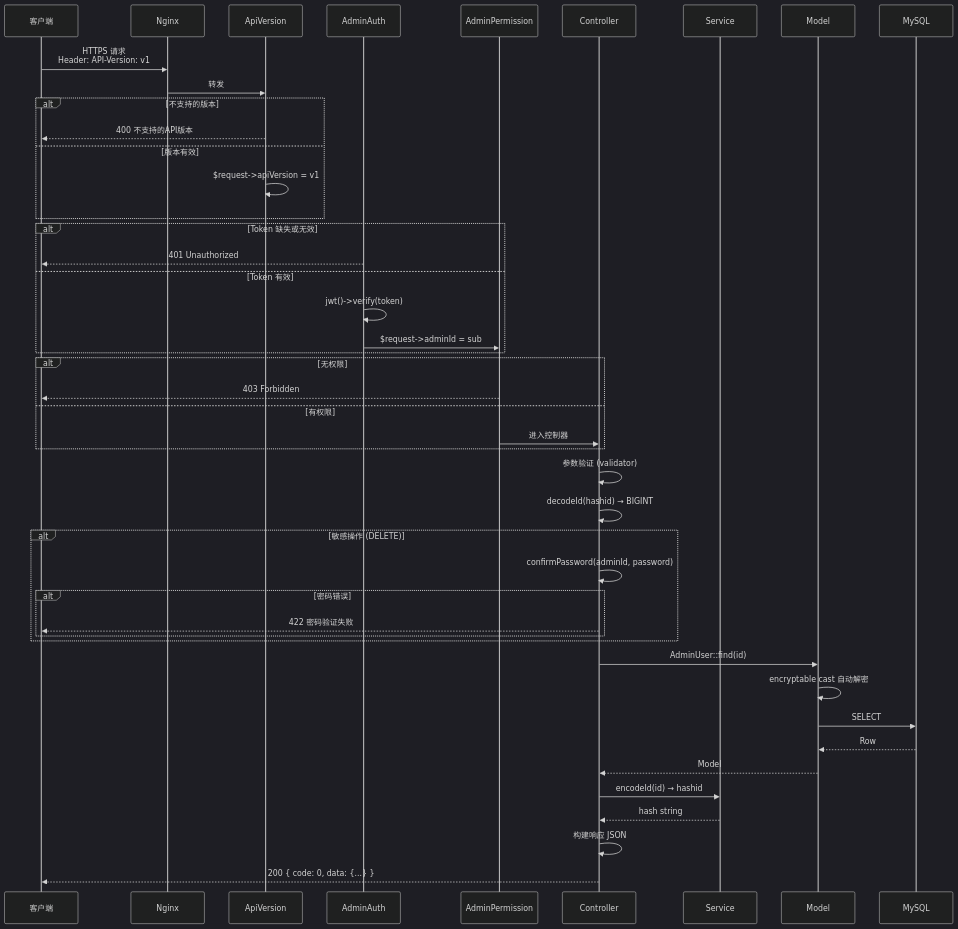
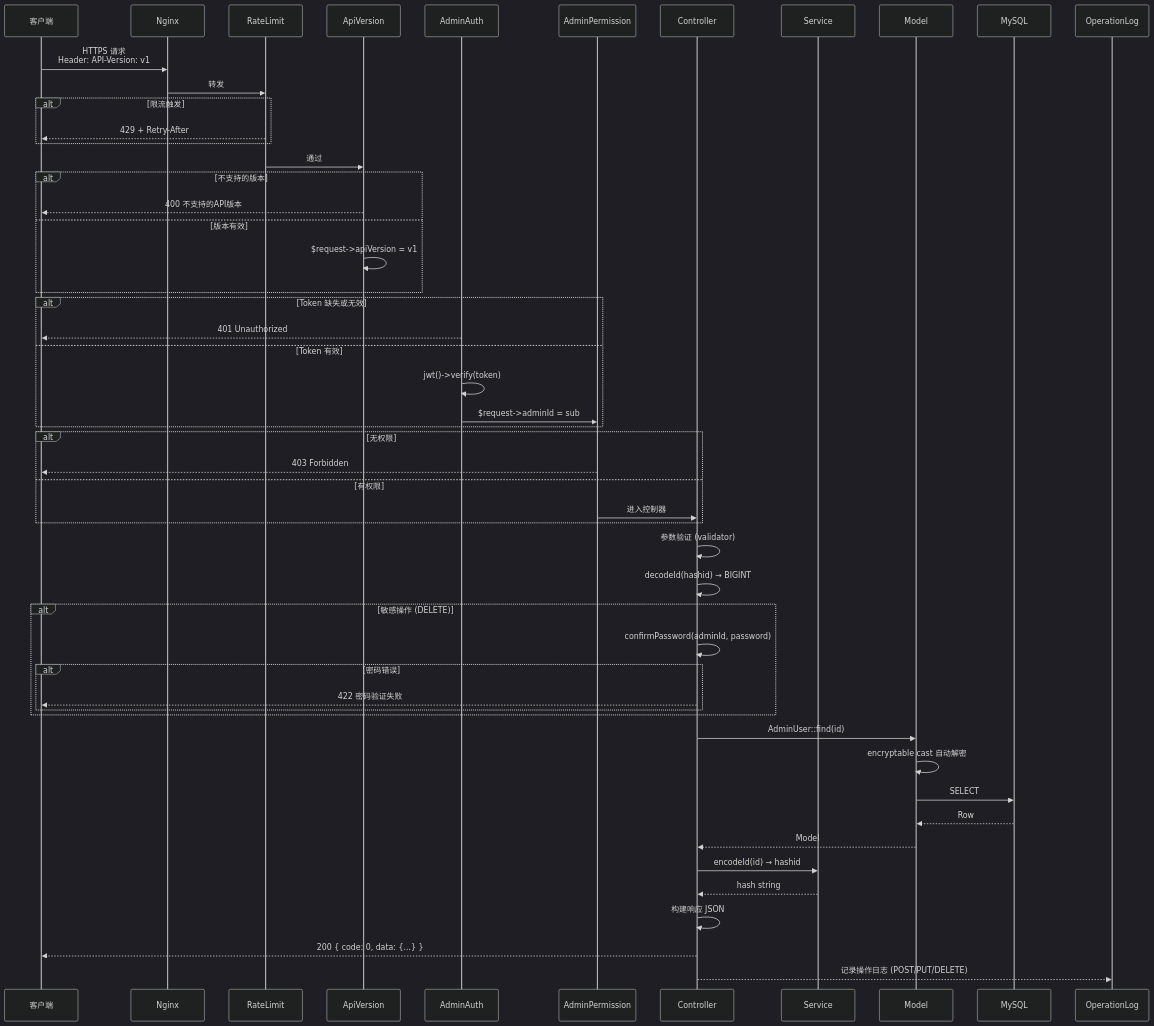
One commit to erikwang2013/open-admin changed the third of 14 diagrams in docs/ARCHITECTURE.md. Above: the diagram before and after it, drawn with Mermaid (dark theme). The commit also changed other lines of this file and 3 other files, not shown here.

````diff
--- a/docs/ARCHITECTURE.md
+++ b/docs/ARCHITECTURE.md
@@ -141,56 +143,65 @@
 ```mermaid
 sequenceDiagram
     participant C as 客户端
     participant N as Nginx
+    participant MW_RL as RateLimit
     participant MW0 as ApiVersion
     participant MW1 as AdminAuth
     participant MW2 as AdminPermission
     participant CTL as Controller
     participant SVC as Service
     participant MDL as Model
     participant DB as MySQL
+    participant OPLOG as OperationLog
 
     C->>N: HTTPS 请求<br/>Header: API-Version: v1
-    N->>MW0: 转发
+    N->>MW_RL: 转发
+
+    alt 限流触发
+        MW_RL-->>C: 429 + Retry-After
+    end
+
+    MW_RL->>MW0: 通过
 
     alt 不支持的版本
         MW0-->>C: 400 不支持的API版本
     else 版本有效
         MW0->>MW0: $request->apiVersion = v1
     end
 
     alt Token 缺失或无效
         MW1-->>C: 401 Unauthorized
     else Token 有效
         MW1->>MW1: jwt()->verify(token)
         MW1->>MW2: $request->adminId = sub
     end
 
     alt 无权限
         MW2-->>C: 403 Forbidden
     else 有权限
         MW2->>CTL: 进入控制器
     end
 
     CTL->>CTL: 参数验证 (validator)
     CTL->>CTL: decodeId(hashid) → BIGINT
 
     alt 敏感操作 (DELETE)
         CTL->>CTL: confirmPassword(adminId, password)
         alt 密码错误
             CTL-->>C: 422 密码验证失败
         end
     end
 
     CTL->>MDL: AdminUser::find(id)
     MDL->>MDL: encryptable cast 自动解密
     MDL->>DB: SELECT
     DB-->>MDL: Row
     MDL-->>CTL: Model
 
     CTL->>SVC: encodeId(id) → hashid
     SVC-->>CTL: hash string
 
     CTL->>CTL: 构建响应 JSON
     CTL-->>C: 200 { code: 0, data: {...} }
+    CTL-->>OPLOG: 记录操作日志 (POST/PUT/DELETE)
 ```
````
